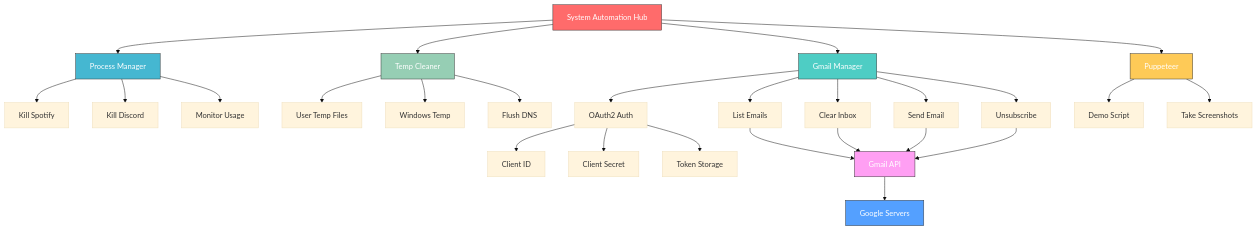
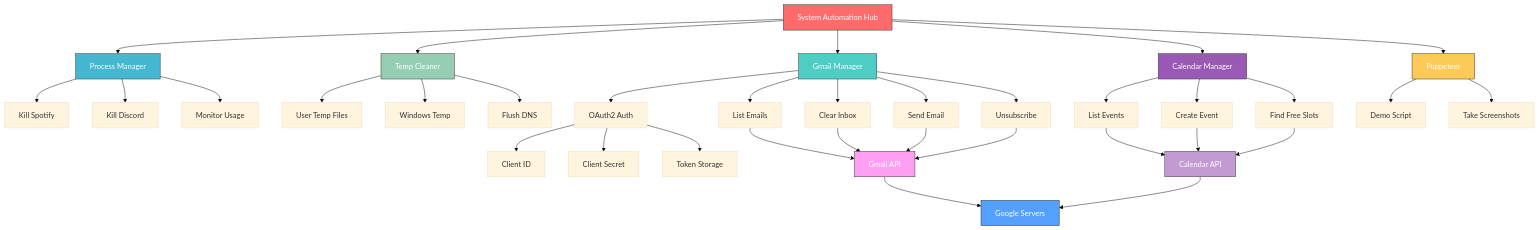
One commit to marceli1404/system-automation changed the first of 3 diagrams in README.md. Above: the diagram before and after it, drawn with Mermaid (base theme). The commit also changed other lines of this file and 3 other files, not shown here.

Commit message:
Add calendar automation, update graphs, secure .gitignore

````diff
--- a/README.md
+++ b/README.md
@@ -17,42 +19,53 @@
 ```mermaid
 graph TD
     ROOT[System Automation Hub] --> PROC[Process Manager]
     ROOT --> CLEAN[Temp Cleaner]
     ROOT --> GMAIL[Gmail Manager]
+    ROOT --> CAL[Calendar Manager]
     ROOT --> PUP[Puppeteer]
 
     PROC --> KILL1[Kill Spotify]
     PROC --> KILL2[Kill Discord]
     PROC --> MONITOR[Monitor Usage]
 
     CLEAN --> USER_TEMP[User Temp Files]
     CLEAN --> WIN_TEMP[Windows Temp]
     CLEAN --> DNS[Flush DNS]
 
     GMAIL --> AUTH[OAuth2 Auth]
     GMAIL --> LIST[List Emails]
     GMAIL --> CLEAR[Clear Inbox]
     GMAIL --> SEND[Send Email]
     GMAIL --> UNSUB[Unsubscribe]
 
+    CAL --> CAL_LIST[List Events]
+    CAL --> CAL_CREATE[Create Event]
+    CAL --> CAL_FREE[Find Free Slots]
+
     PUP --> DEMO[Demo Script]
     PUP --> SCREENSHOT[Take Screenshots]
 
     AUTH --> CLIENT[Client ID]
     AUTH --> SECRET[Client Secret]
     AUTH --> TOKEN[Token Storage]
 
     LIST --> API[Gmail API]
     CLEAR --> API
     SEND --> API
     UNSUB --> API
+    CAL_LIST --> CAL_API[Calendar API]
+    CAL_CREATE --> CAL_API
+    CAL_FREE --> CAL_API
     API --> GOOGLE[Google Servers]
+    CAL_API --> GOOGLE
 
     style ROOT fill:#ff6b6b,stroke:#333,color:white
     style GMAIL fill:#4ecdc4,stroke:#333,color:white
+    style CAL fill:#9b59b6,stroke:#333,color:white
     style PROC fill:#45b7d1,stroke:#333,color:white
     style CLEAN fill:#96ceb4,stroke:#333,color:white
     style PUP fill:#feca57,stroke:#333,color:white
     style API fill:#ff9ff3,stroke:#333,color:white
+    style CAL_API fill:#c39bd3,stroke:#333,color:white
     style GOOGLE fill:#54a0ff,stroke:#333,color:white
 ```
````
